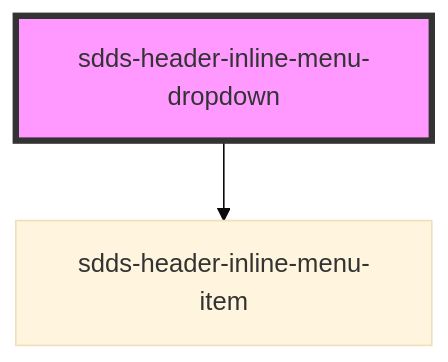
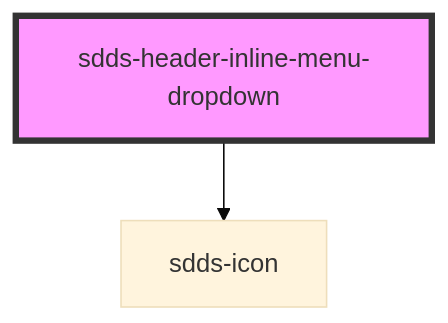
Before and after one commit to scania-digital-design-system/sdds: the diagram in tegel/src/components/header/webcomponent/header-inline-menu-dropdown/readme.md, drawn with Mermaid (base theme). The commit also changed other lines of this file and 26 other files, not shown here.

````diff
--- a/tegel/src/components/header/webcomponent/header-inline-menu-dropdown/readme.md
+++ b/tegel/src/components/header/webcomponent/header-inline-menu-dropdown/readme.md
@@ -22,5 +23,5 @@
 ```mermaid
 graph TD;
-  sdds-header-inline-menu-dropdown --> sdds-header-inline-menu-item
+  sdds-header-inline-menu-dropdown --> sdds-icon
   style sdds-header-inline-menu-dropdown fill:#f9f,stroke:#333,stroke-width:4px
 ```
````
